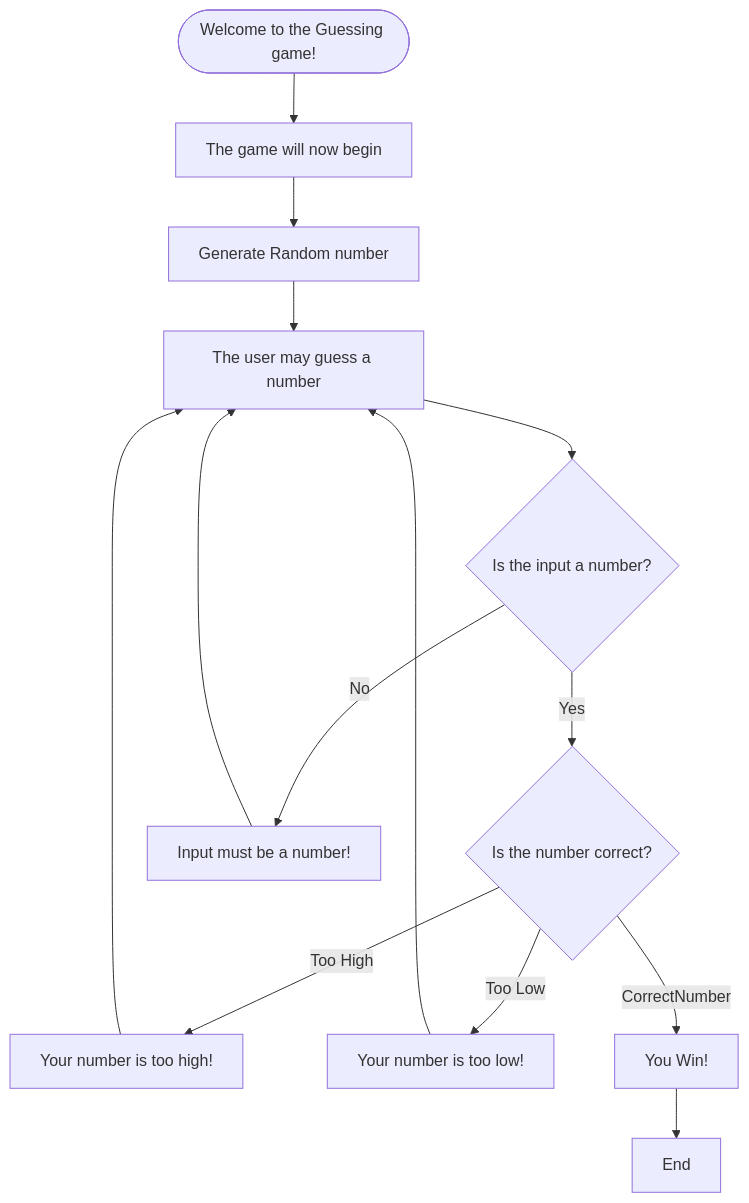
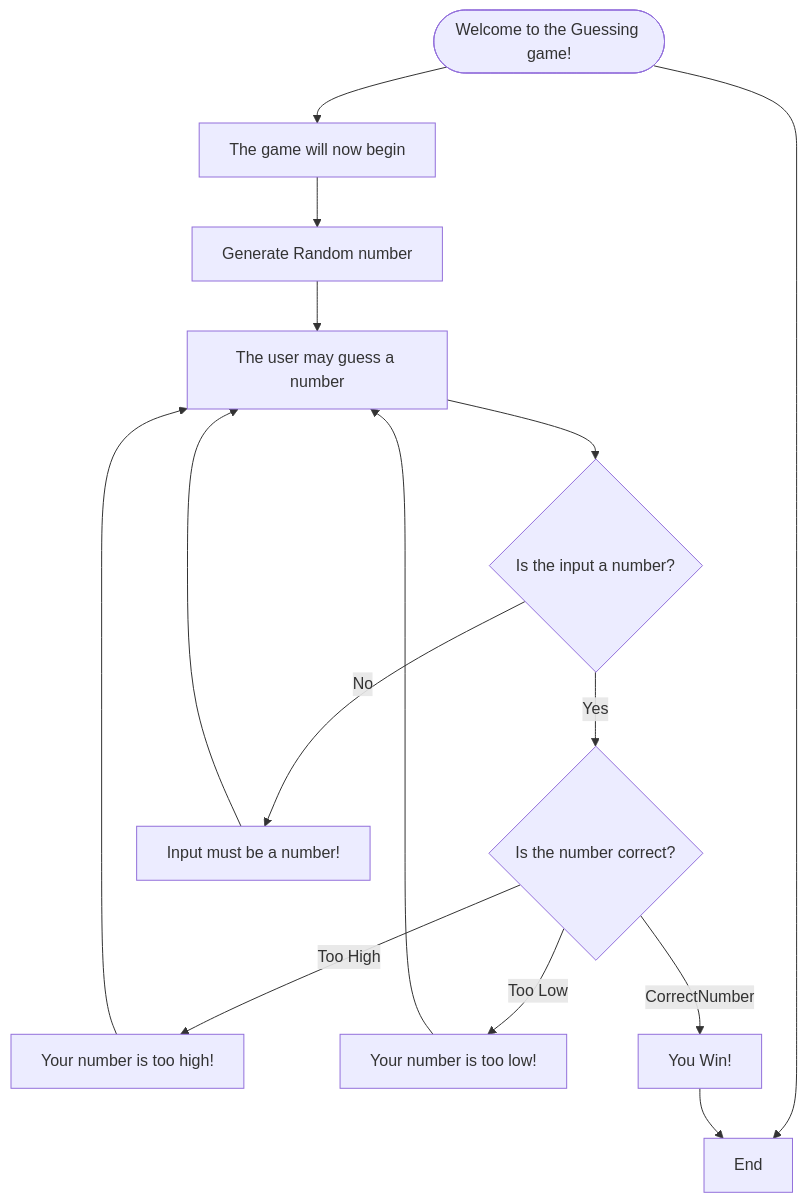
One commit to josh-keilder/josh-keilder.github.io changed the diagram in Guessing.md. Above: the diagram before and after it, drawn with Mermaid.

````diff
--- a/Guessing.md
+++ b/Guessing.md
@@ -1,12 +1,13 @@
 ```mermaid
 flowchart TD
+  Start[[Start]] --> End([End])
   Start([Welcome to the Guessing game!]) --> Begin[The game will now begin]
   Begin --> RandomNumber[Generate Random number]
   RandomNumber --> Input[The user may guess a number]
   Input --> IsNumber{Is the input a number?}
   IsNumber -- Yes --> CheckCorrect{Is the number correct?}
   IsNumber -- No --> Error[Input must be a number!] --> Input
   CheckCorrect -- Too High --> HighNumber[Your number is too high!] --> Input
   CheckCorrect -- Too Low --> LowNumber[Your number is too low!] --> Input
   CheckCorrect -- CorrectNumber --> Win[You Win!] --> End[End]
 ```
````
